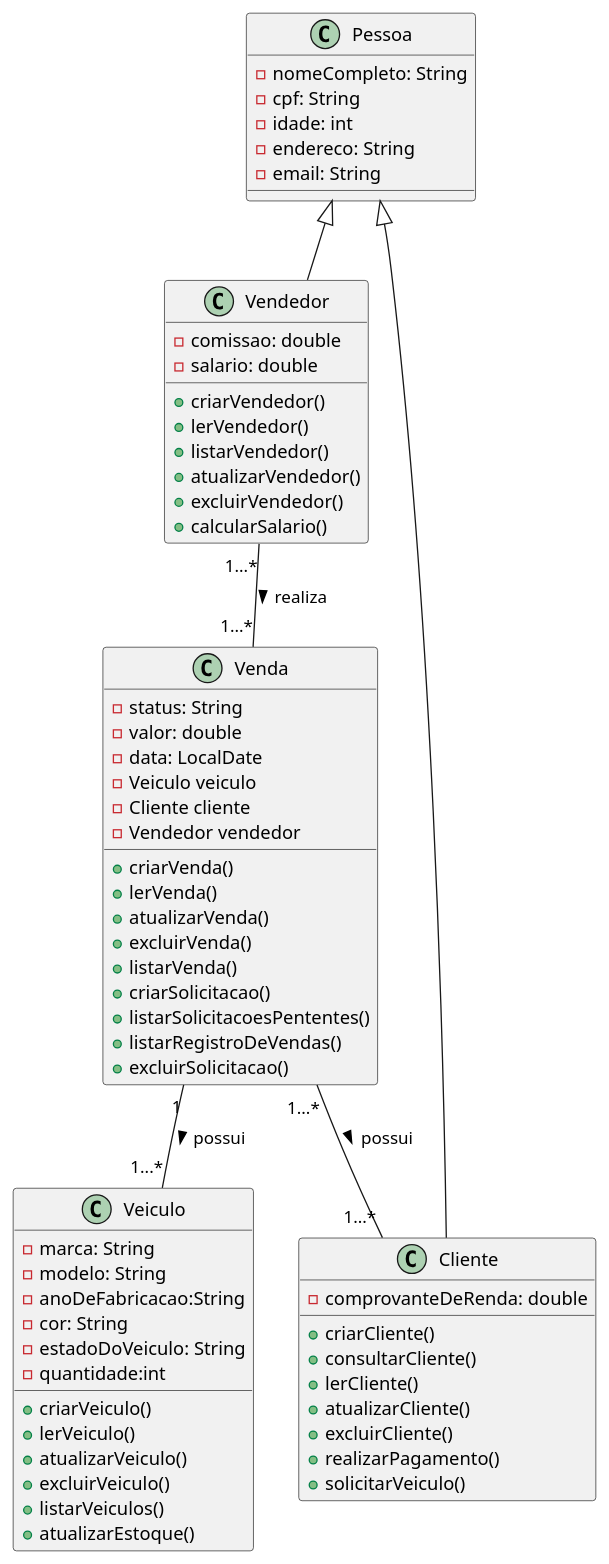
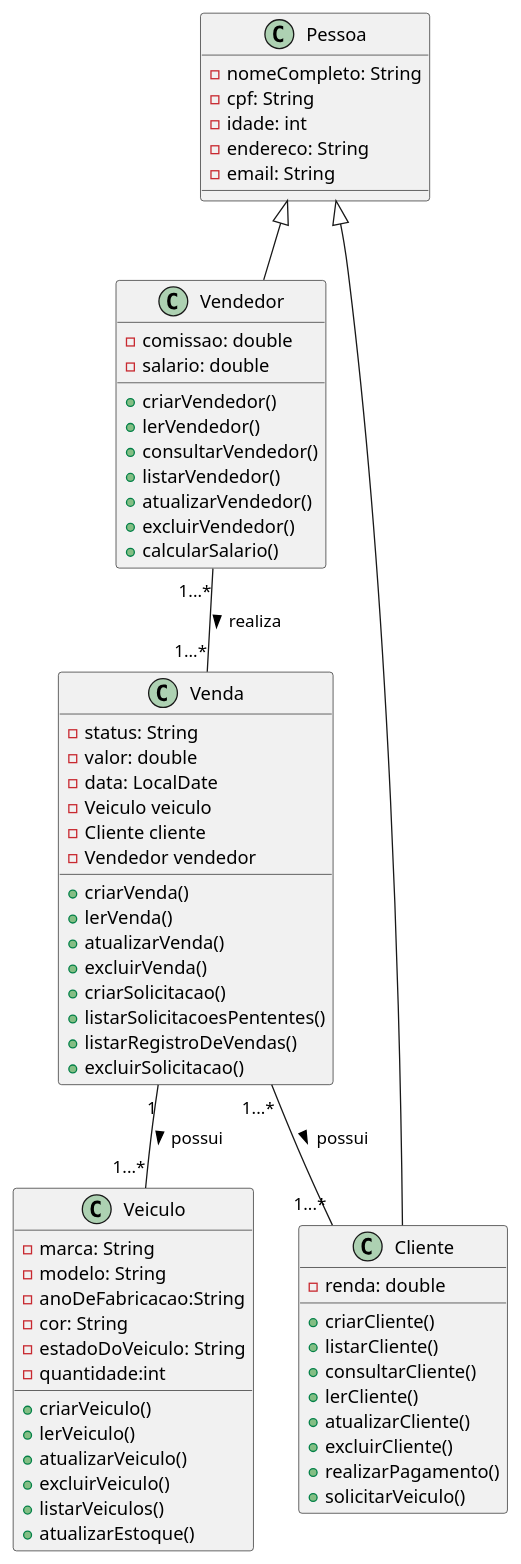
The diagram in DIAGRAMA/ProjetoPOO.iuml (Moisesl2/Projeto-Concessionaria), drawn with PlantUML before and after one commit. The commit also changed 3 other files, not shown here.

```diff
--- a/DIAGRAMA/ProjetoPOO.iuml
+++ b/DIAGRAMA/ProjetoPOO.iuml
@@ -1,70 +1,71 @@
 @startuml "Concessionária"
 
 class Pessoa{
     -nomeCompleto: String
     -cpf: String
     -idade: int
     -endereco: String
     -email: String
 }
 
 class Vendedor{
     -comissao: double
     -salario: double
     +criarVendedor()
     +lerVendedor()
+    +consultarVendedor()
     +listarVendedor()
     +atualizarVendedor()
     +excluirVendedor()
     +calcularSalario()
 }
 class Cliente{
-    -comprovanteDeRenda: double
+    -renda: double
     +criarCliente()
+    +listarCliente()
     +consultarCliente() 
     +lerCliente()
     +atualizarCliente()
     +excluirCliente()
     +realizarPagamento()
     +solicitarVeiculo()
 }
 
 class Veiculo{
     -marca: String 
     -modelo: String
     -anoDeFabricacao:String 
     -cor: String 
     -estadoDoVeiculo: String
     -quantidade:int
     +criarVeiculo()
     +lerVeiculo()
     +atualizarVeiculo()
     +excluirVeiculo()
     +listarVeiculos()
     +atualizarEstoque()
 }
 class Venda{
     -status: String
     -valor: double 
     -data: LocalDate
     -Veiculo veiculo
     -Cliente cliente 
     -Vendedor vendedor
     +criarVenda()
     +lerVenda()
     +atualizarVenda()
     +excluirVenda()
-    +listarVenda()
     +criarSolicitacao()
     +listarSolicitacoesPententes()
     +listarRegistroDeVendas()
     +excluirSolicitacao()
 }
 Pessoa <|-- Vendedor
 Pessoa <|-- Cliente 
 
 Vendedor "1...*"--"1...*" Venda: realiza >
 Venda "1" -- "1...*" Veiculo: possui >
 Venda "1...*" -- "1...*" Cliente: possui >
 
 @enduml
```
